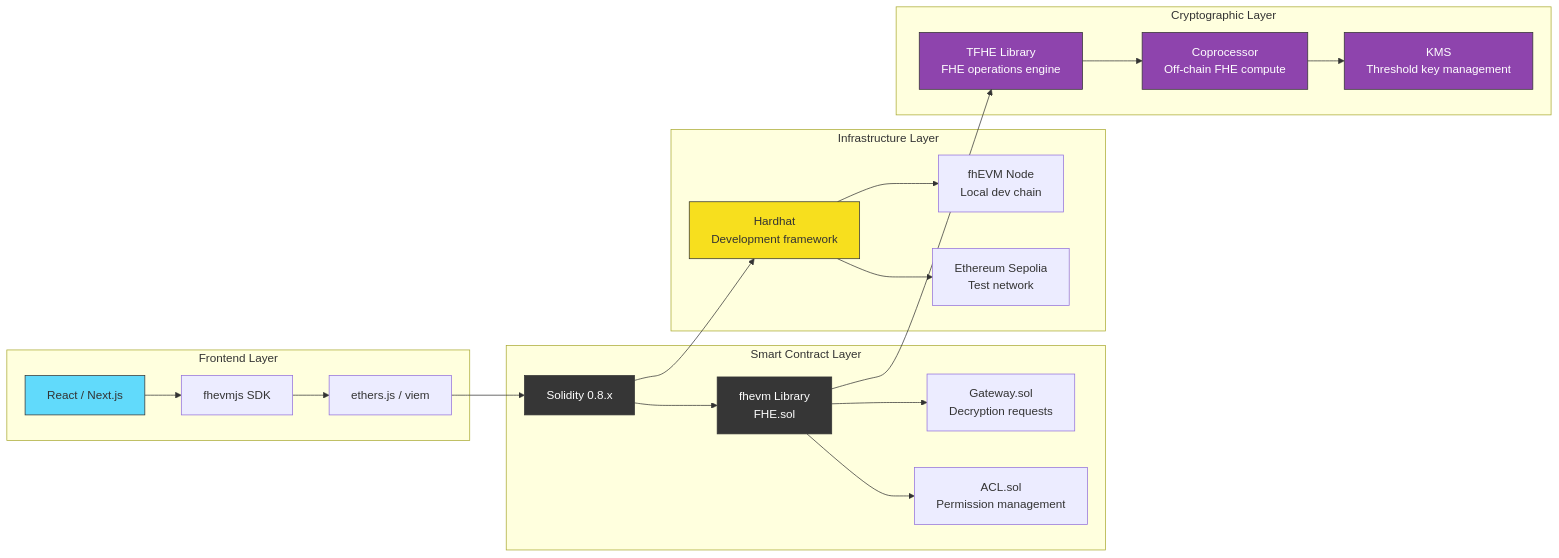
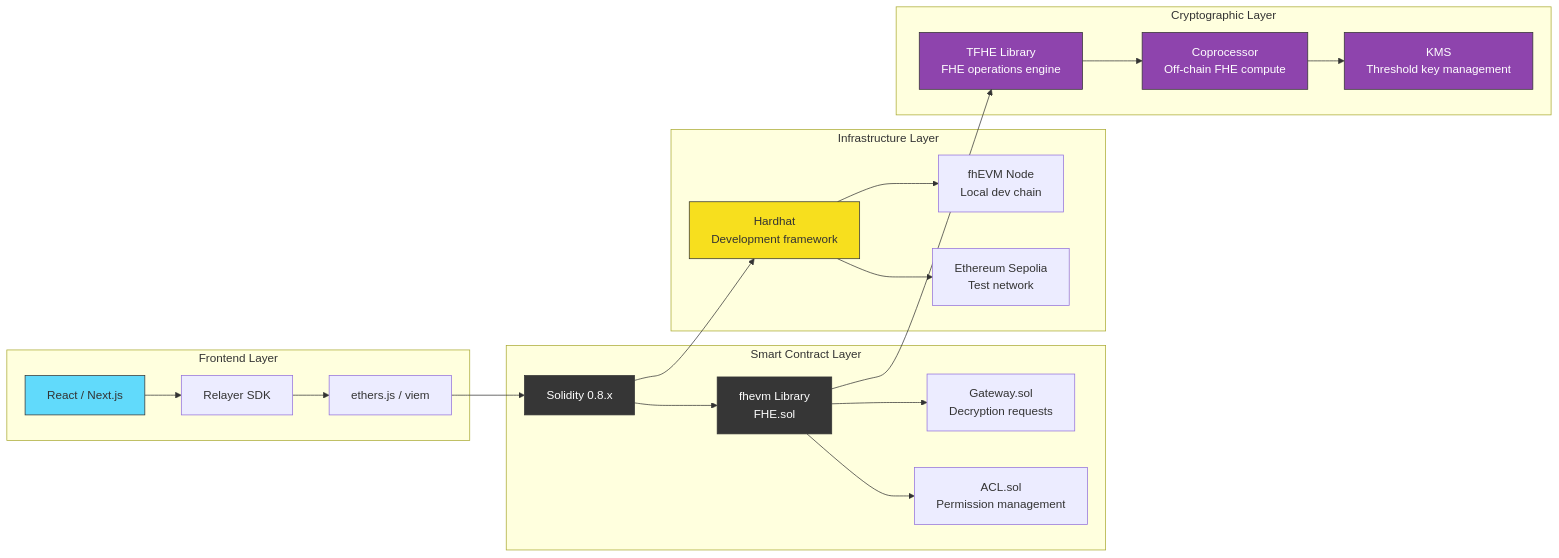
One commit to Himess/fhevm-bootcamp changed the third of 4 diagrams in diagrams/project-architecture.md. Above: the diagram before and after it, drawn with Mermaid. The commit also changed other lines of this file and 79 other files, not shown here.

First line of the commit message:
docs audit: 100% Zama v0.10 compatibility + Relayer SDK migration

````diff
--- a/diagrams/project-architecture.md
+++ b/diagrams/project-architecture.md
@@ -111,48 +111,48 @@
 ```mermaid
 graph LR
     subgraph "Frontend Layer"
         FE1[React / Next.js]
-        FE2[fhevmjs SDK]
+        FE2[Relayer SDK]
         FE3[ethers.js / viem]
     end
 
     subgraph "Smart Contract Layer"
         SC1[Solidity 0.8.x]
         SC2[fhevm Library<br/>FHE.sol]
         SC3[Gateway.sol<br/>Decryption requests]
         SC4[ACL.sol<br/>Permission management]
     end
 
     subgraph "Infrastructure Layer"
         IN1[Hardhat<br/>Development framework]
         IN2[fhEVM Node<br/>Local dev chain]
         IN3[Ethereum Sepolia<br/>Test network]
     end
 
     subgraph "Cryptographic Layer"
         CR1[TFHE Library<br/>FHE operations engine]
         CR2[Coprocessor<br/>Off-chain FHE compute]
         CR3[KMS<br/>Threshold key management]
     end
 
     FE1 --> FE2
     FE2 --> FE3
     FE3 --> SC1
     SC1 --> SC2
     SC2 --> SC3
     SC2 --> SC4
     SC1 --> IN1
     IN1 --> IN2
     IN1 --> IN3
     SC2 --> CR1
     CR1 --> CR2
     CR2 --> CR3
 
     style FE1 fill:#61dafb,stroke:#333,color:#333
     style SC1 fill:#363636,stroke:#333,color:#fff
     style SC2 fill:#363636,stroke:#333,color:#fff
     style IN1 fill:#f7df1e,stroke:#333,color:#333
     style CR1 fill:#8e44ad,stroke:#333,color:#fff
     style CR2 fill:#8e44ad,stroke:#333,color:#fff
     style CR3 fill:#8e44ad,stroke:#333,color:#fff
 ```
````
